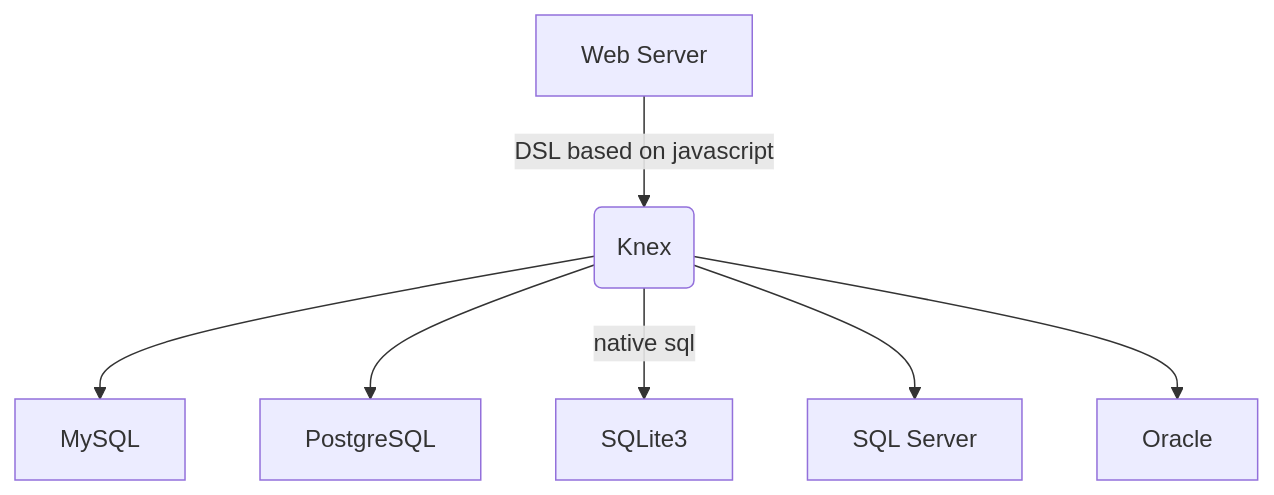
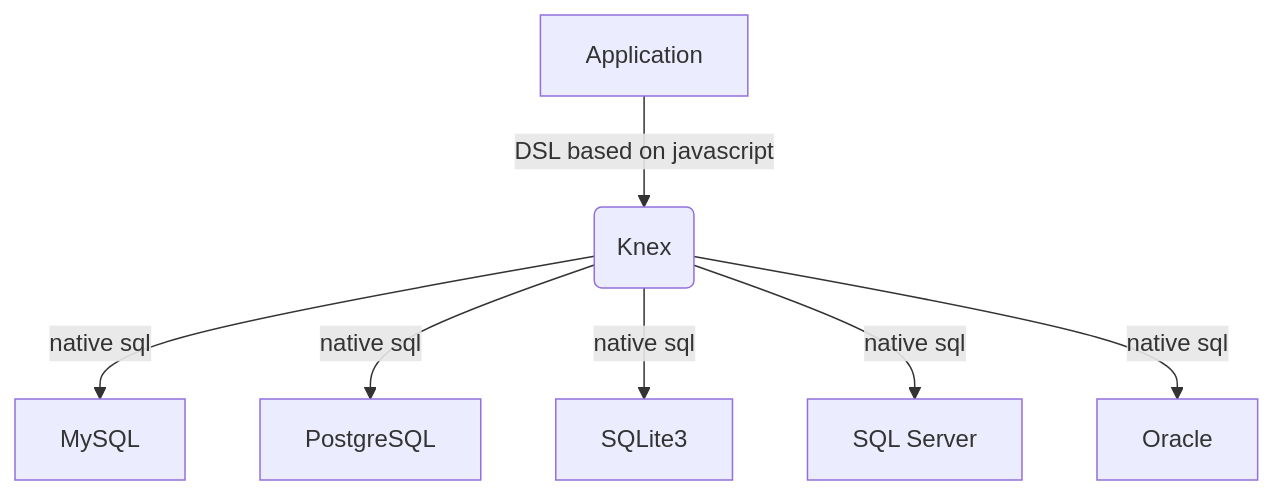
Before and after one commit to whinc/whinc.github.io: the diagram in website/blog/2023/04-05-knex-tutorial/index.mdx, drawn with Mermaid. The commit also changed 2 other files, not shown here.

Commit message:
update deps

````diff
--- a/website/blog/2023/04-05-knex-tutorial/index.mdx
+++ b/website/blog/2023/04-05-knex-tutorial/index.mdx
@@ -34,9 +34,9 @@
 ```mermaid
 flowchart TD
-    A[Web Server] -->|DSL based on javascript| B(Knex)
-    B --> MySQL
-    B --> PostgreSQL
+    A[Application] -->|DSL based on javascript| B(Knex)
+    B --> |native sql|MySQL
+    B --> |native sql|PostgreSQL
     B --> |native sql| SQLite3
-    B --> SQLServer[SQL Server]
-    B --> Oracle
+    B --> |native sql|SQLServer[SQL Server]
+    B --> |native sql|Oracle
 ```
````
